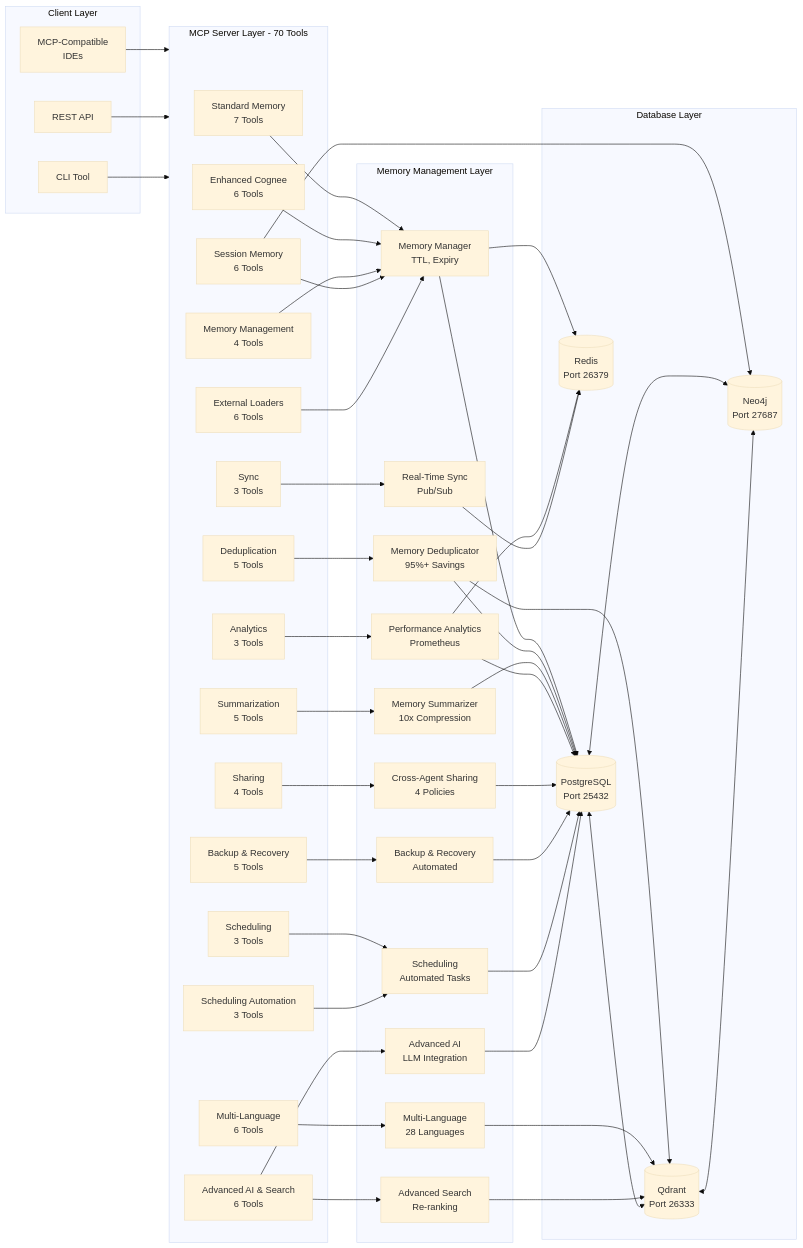
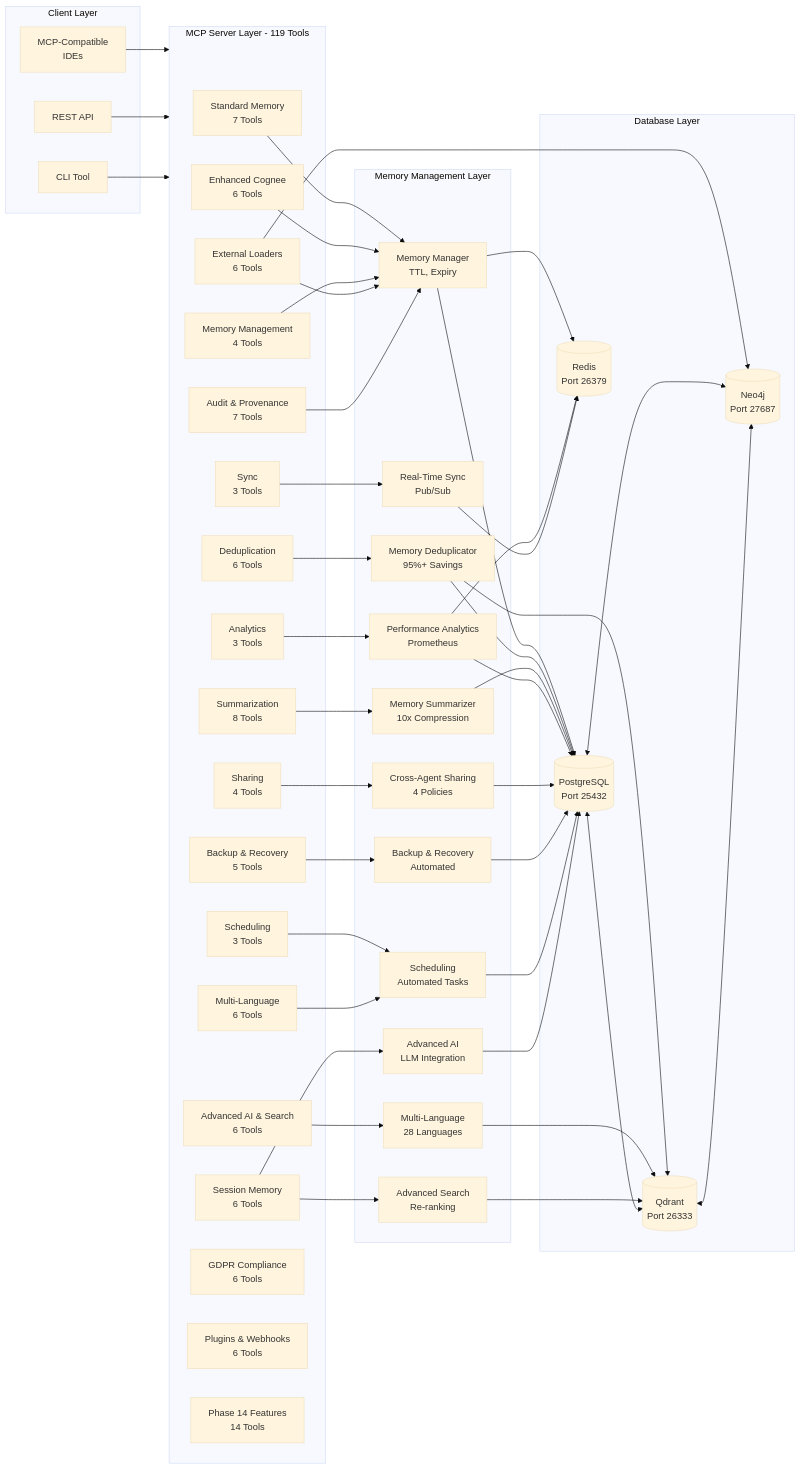
Before and after one commit to vincentspereira/Enhanced-Cognee: the first of 4 diagrams in README.md, drawn with Mermaid (base theme). The commit also changed other lines of this file and 1 other file, not shown here.

```diff
--- a/README.md
+++ b/README.md
@@ -651,22 +651,25 @@
         CLI[CLI Tool]
     end
 
-    subgraph MCP["MCP Server Layer - 70 Tools"]
+    subgraph MCP["MCP Server Layer - 119 Tools"]
         MCP1[Standard Memory<br/>7 Tools]
         MCP2[Enhanced Cognee<br/>6 Tools]
         MCP3[Memory Management<br/>4 Tools]
-        MCP4[Deduplication<br/>5 Tools]
-        MCP5[Summarization<br/>5 Tools]
+        MCP4[Deduplication<br/>6 Tools]
+        MCP5[Summarization<br/>8 Tools]
         MCP6[Analytics<br/>3 Tools]
         MCP7[Sharing<br/>4 Tools]
         MCP8[Sync<br/>3 Tools]
         MCP9[Backup & Recovery<br/>5 Tools]
         MCP10[Scheduling<br/>3 Tools]
-        MCP11[Scheduling Automation<br/>3 Tools]
-        MCP12[Multi-Language<br/>6 Tools]
-        MCP13[Advanced AI & Search<br/>6 Tools]
-        MCP14[Session Memory<br/>6 Tools]
-        MCP15[External Loaders<br/>6 Tools]
+        MCP11[Multi-Language<br/>6 Tools]
+        MCP12[Advanced AI & Search<br/>6 Tools]
+        MCP13[Session Memory<br/>6 Tools]
+        MCP14[External Loaders<br/>6 Tools]
+        MCP15[Audit & Provenance<br/>7 Tools]
+        MCP16[GDPR Compliance<br/>6 Tools]
+        MCP17[Plugins & Webhooks<br/>6 Tools]
+        MCP18[Phase 14 Features<br/>14 Tools]
     end
 
     subgraph Memory["Memory Management Layer"]
```
